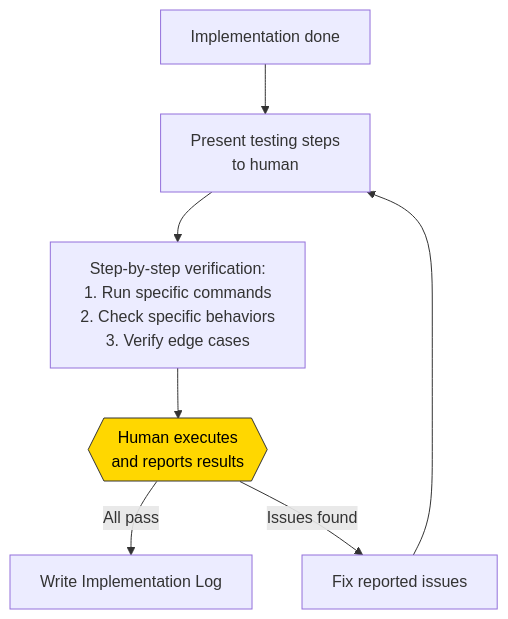
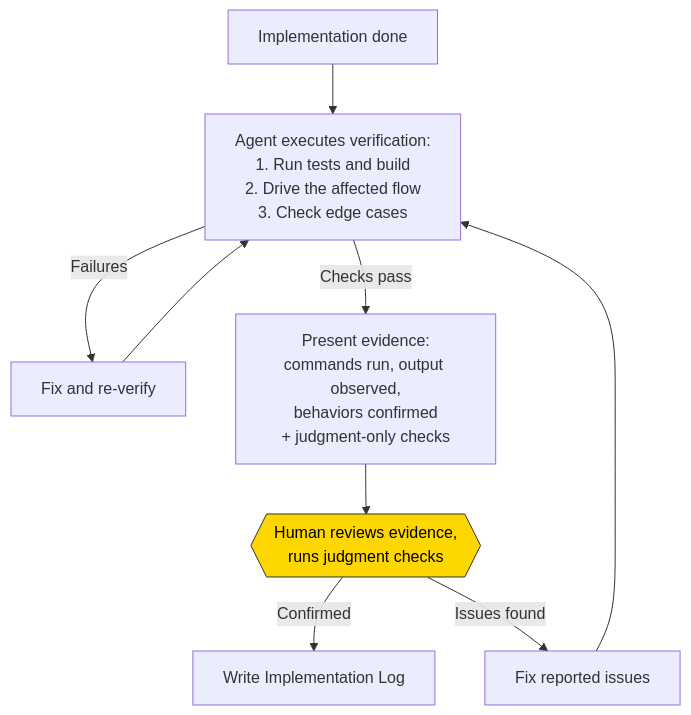
Diagram 11 of 12 in docs/archflow-process.md (Aroton/ArchflowV2), drawn with Mermaid before and after one commit. The commit also changed other lines of this file and 7 other files, not shown here.

````diff
--- a/docs/archflow-process.md
+++ b/docs/archflow-process.md
@@ -465,11 +469,12 @@
 ```mermaid
 flowchart TD
-    Impl[Implementation done] --> Present[Present testing steps<br/>to human]
-    Present --> Steps["Step-by-step verification:<br/>1. Run specific commands<br/>2. Check specific behaviors<br/>3. Verify edge cases"]
-    Steps --> Human{{Human executes<br/>and reports results}}
-    Human -->|"All pass"| Log[Write Implementation Log]
+    Impl[Implementation done] --> AgentRun["Agent executes verification:<br/>1. Run tests and build<br/>2. Drive the affected flow<br/>3. Check edge cases"]
+    AgentRun -->|"Failures"| SelfFix[Fix and re-verify] --> AgentRun
+    AgentRun -->|"Checks pass"| Present["Present evidence:<br/>commands run, output observed,<br/>behaviors confirmed<br/>+ judgment-only checks"]
+    Present --> Human{{Human reviews evidence,<br/>runs judgment checks}}
+    Human -->|"Confirmed"| Log[Write Implementation Log]
     Human -->|"Issues found"| Fix[Fix reported issues]
-    Fix --> Present
+    Fix --> AgentRun
 
     style Human fill:#ffd700,stroke:#333,color:#000
 ```
````
